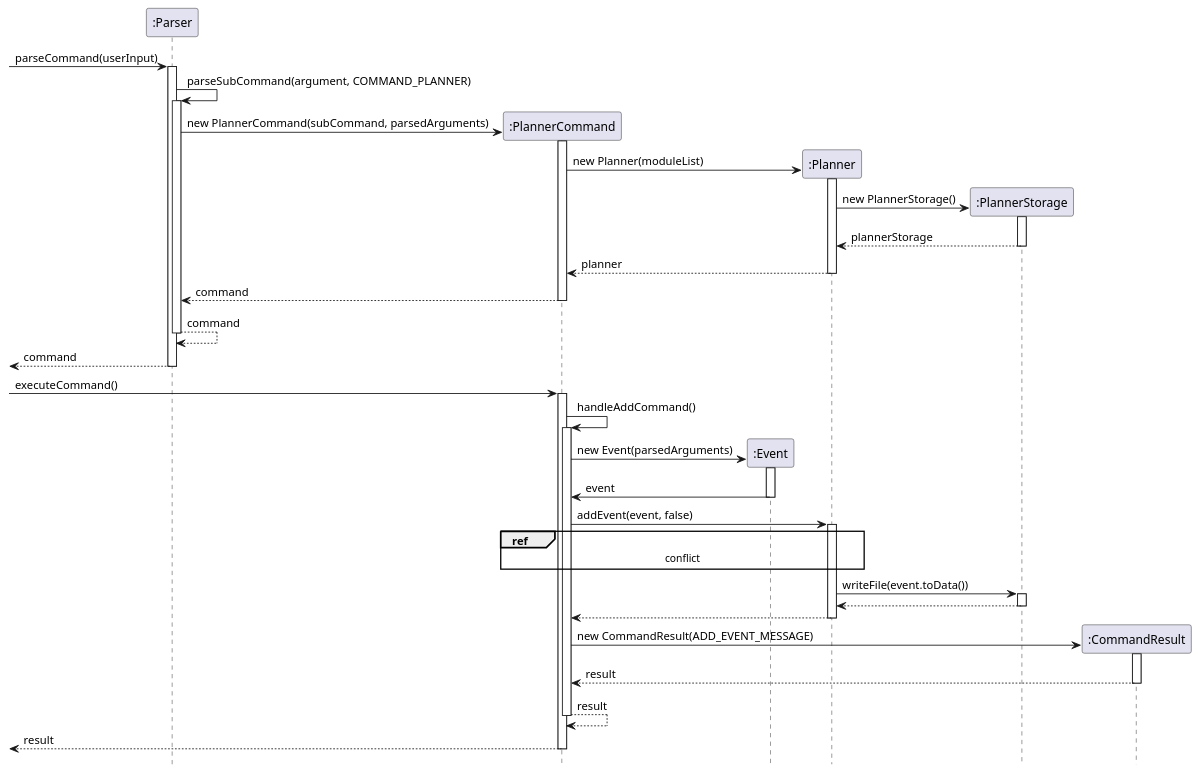
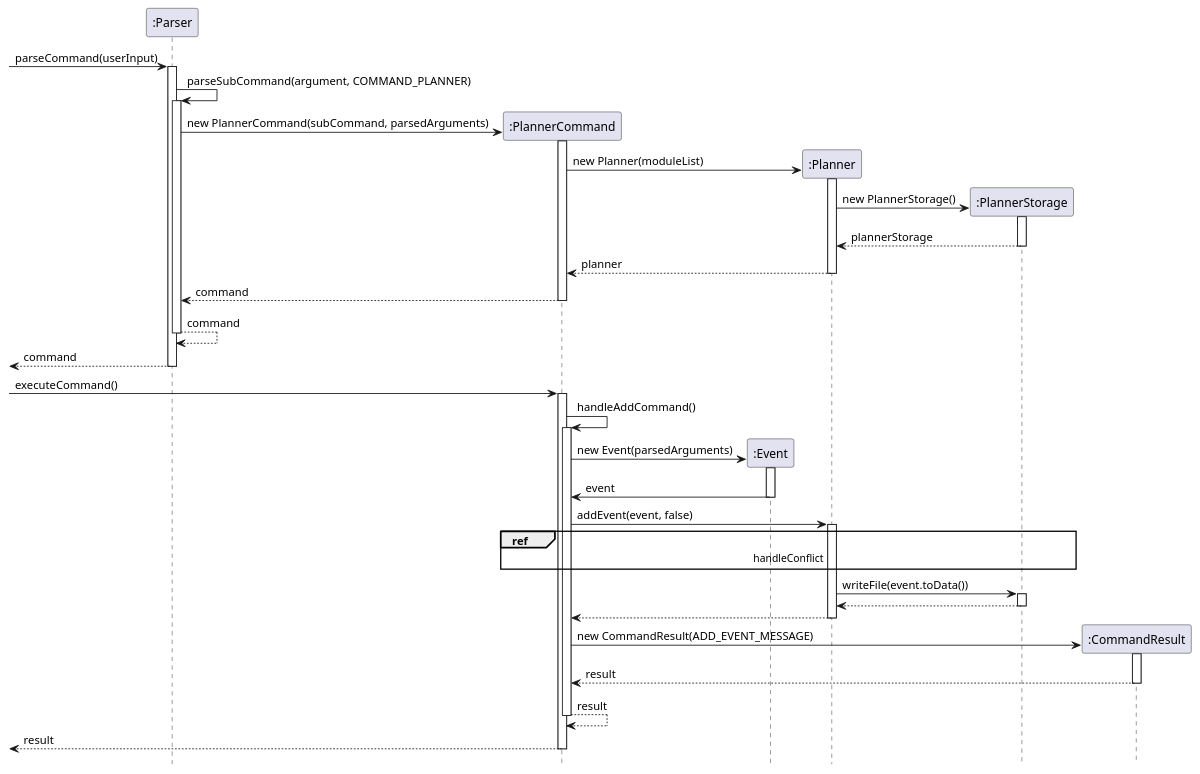
The diagram in docs/assets/plantuml/PlannerAddSequenceDiagram1.puml (shyamgj1900/tp), drawn with PlantUML before and after one commit. The commit also changed 1 other file, not shown here.

Commit message:
Fix bugs in planner add sequence diagrams

```diff
--- a/docs/assets/plantuml/PlannerAddSequenceDiagram1.puml
+++ b/docs/assets/plantuml/PlannerAddSequenceDiagram1.puml
@@ -1,86 +1,86 @@
 @startuml
 'https://plantuml.com/sequence-diagram
 
 hide footbox
 
 participant ":Parser" as parser
 participant ":PlannerCommand" as plc
 participant ":Event" as event
 participant ":Planner" as planner
 participant ":PlannerStorage" as pls
 participant ":CommandResult" as res
 
 [->parser : parseCommand(userInput)
 activate parser
 
 parser -> parser : parseSubCommand(argument, COMMAND_PLANNER)
 activate parser
 
 create plc
 parser -> plc : new PlannerCommand(subCommand, parsedArguments)
 activate plc
 
 create planner
 plc -> planner : new Planner(moduleList)
 activate planner
 
 create pls
 planner -> pls : new PlannerStorage()
 activate pls
 
 pls --> planner : plannerStorage
 deactivate pls
 
 planner --> plc : planner
 deactivate planner
 
 plc --> parser : command
 deactivate plc
 
 parser --> parser : command
 deactivate parser
 
 parser-->[ : command
 deactivate parser
 
 [->plc : executeCommand()
 activate plc
 
 plc -> plc : handleAddCommand()
 activate plc
 
 create event
 plc -> event : new Event(parsedArguments)
 activate event
 
 event -> plc : event
 deactivate event
 
 plc -> planner : addEvent(event, false)
 activate planner
 
-ref over plc, planner : conflict
+ref over plc, planner, pls : handleConflict
 
 planner -> pls : writeFile(event.toData())
 activate pls
 
 pls --> planner
 deactivate pls
 
 planner --> plc
 deactivate planner
 
 create res
 plc -> res : new CommandResult(ADD_EVENT_MESSAGE)
 activate res
 
 res --> plc : result
 deactivate res
 
 plc --> plc : result
 deactivate plc
 
 plc-->[ : result
 deactivate plc
 
 @enduml
```
